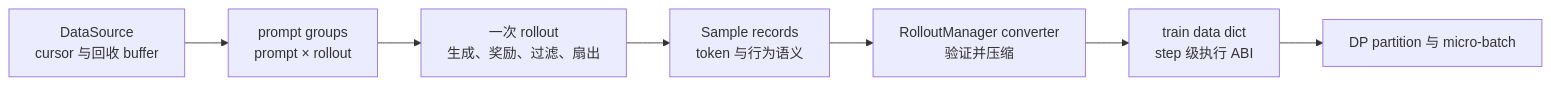
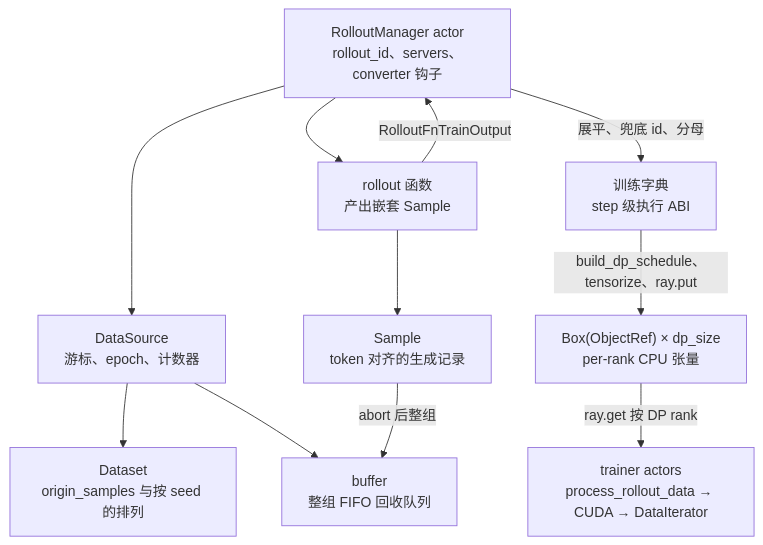
One commit to suhaibo666/llm-knowledge changed the diagram in wiki/02_engineering/04_posttrain_frameworks/slime/12_slime_sample_datasource_analysis.md. Above: the diagram before and after it, drawn with Mermaid. The commit also changed other lines of this file and 89 other files, not shown here.

````diff
--- a/wiki/02_engineering/04_posttrain_frameworks/slime/12_slime_sample_datasource_analysis.md
+++ b/wiki/02_engineering/04_posttrain_frameworks/slime/12_slime_sample_datasource_analysis.md
@@ -68,9 +222,20 @@
 ```mermaid
-flowchart LR
-    DS["DataSource<br/>cursor 与回收 buffer"] --> PG["prompt groups<br/>prompt × rollout"]
-    PG --> EX["一次 rollout<br/>生成、奖励、过滤、扇出"]
-    EX --> SP["Sample records<br/>token 与行为语义"]
-    SP --> CV["RolloutManager converter<br/>验证并压缩"]
-    CV --> TD["train data dict<br/>step 级执行 ABI"]
-    TD --> DP["DP partition 与 micro-batch"]
+flowchart TB
+    RM["RolloutManager actor<br/>rollout_id、servers、converter 钩子"]
+    DS["DataSource<br/>游标、epoch、计数器"]
+    DT["Dataset<br/>origin_samples 与按 seed 的排列"]
+    BF["buffer<br/>整组 FIFO 回收队列"]
+    RF["rollout 函数<br/>产出嵌套 Sample"]
+    SP["Sample<br/>token 对齐的生成记录"]
+    TD["训练字典<br/>step 级执行 ABI"]
+    BX["Box(ObjectRef) × dp_size<br/>per-rank CPU 张量"]
+    TA["trainer actors<br/>process_rollout_data → CUDA → DataIterator"]
+    RM --> DS --> DT
+    DS --> BF
+    RM --> RF --> SP
+    SP -->|abort 后整组| BF
+    RF -->|RolloutFnTrainOutput| RM
+    RM -->|展平、兜底 id、分母| TD
+    TD -->|build_dp_schedule、tensorize、ray.put| BX
+    BX -->|ray.get 按 DP rank| TA
 ```
````
